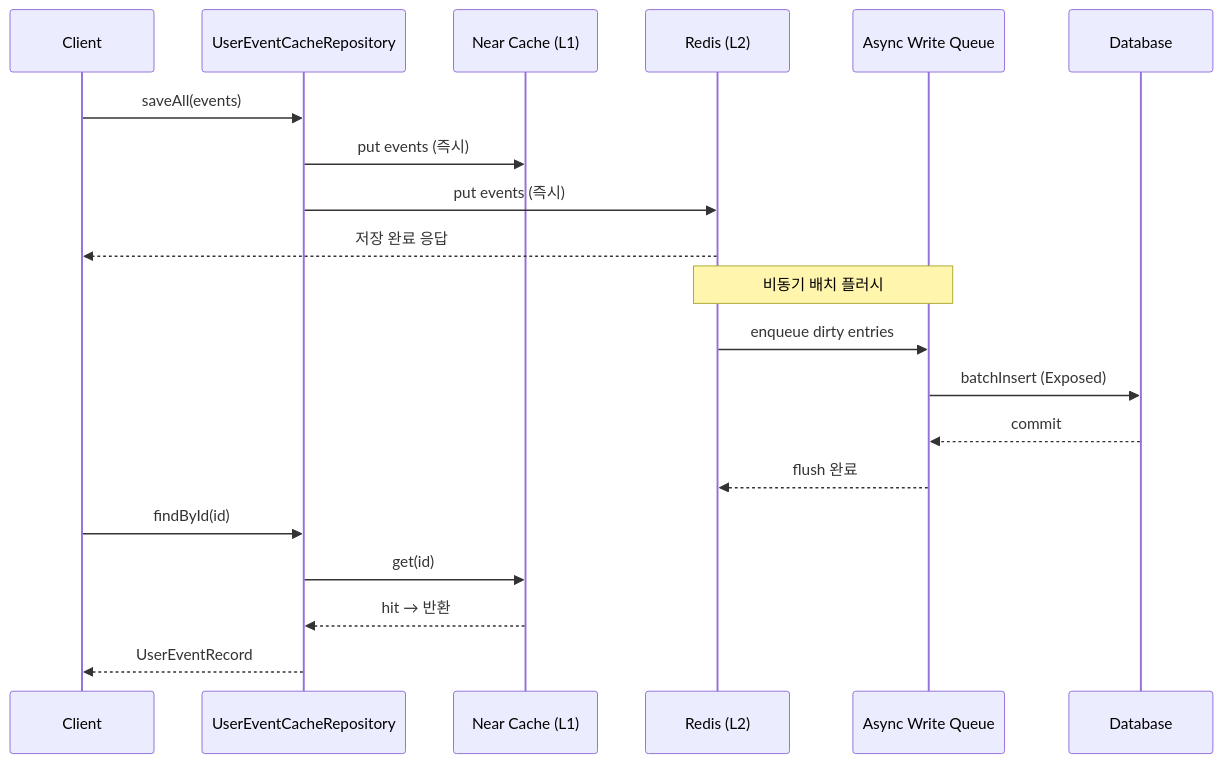
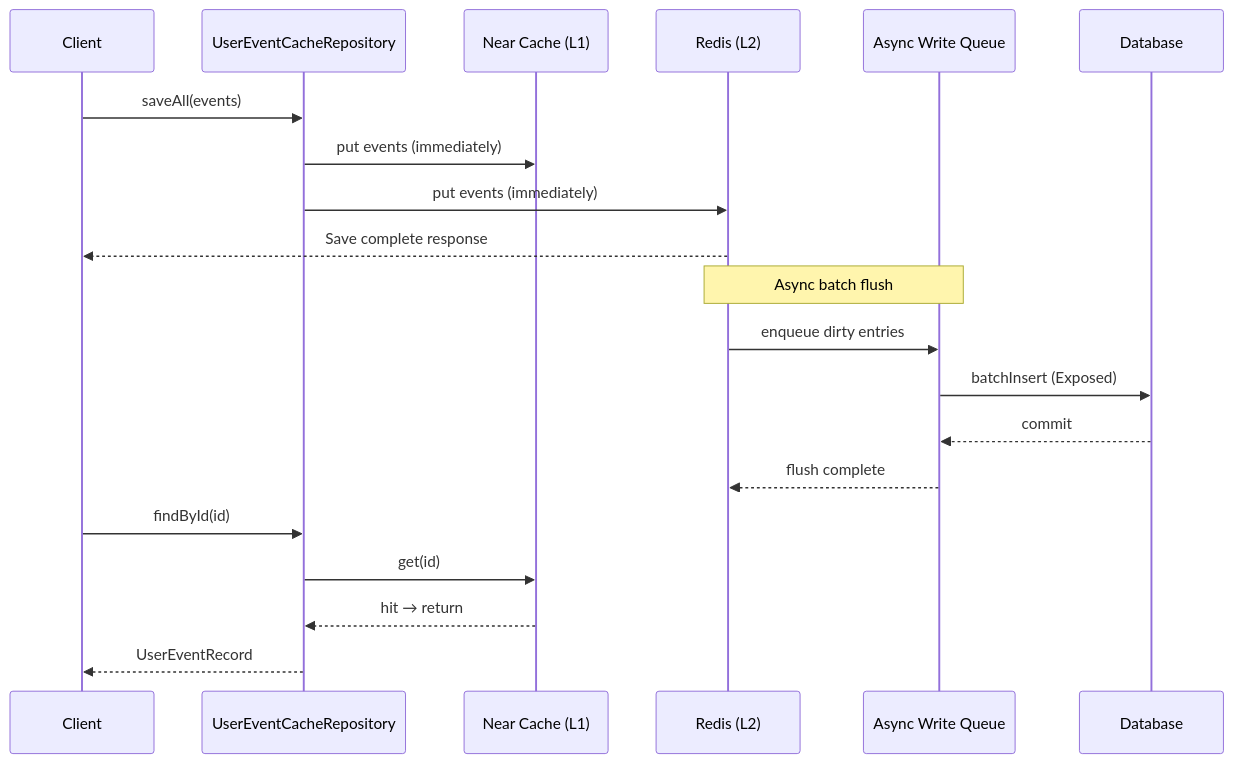
The fourth of 5 diagrams in 11-high-performance/01-cache-strategies/README.md (bluetape4k/exposed-workshop), drawn with Mermaid before and after one commit. The commit also changed other lines of this file and 115 other files, not shown here.

````diff
--- a/11-high-performance/01-cache-strategies/README.md
+++ b/11-high-performance/01-cache-strategies/README.md
@@ -178,22 +180,22 @@
 ```mermaid
 sequenceDiagram
     participant C as Client
     participant R as UserEventCacheRepository
     participant NC as Near Cache (L1)
     participant RD as Redis (L2)
     participant Q as Async Write Queue
     participant DB as Database
     C ->> R: saveAll(events)
-    R ->> NC: put events (즉시)
-    R ->> RD: put events (즉시)
-    RD -->> C: 저장 완료 응답
-    Note over RD, Q: 비동기 배치 플러시
+    R ->> NC: put events (immediately)
+    R ->> RD: put events (immediately)
+    RD -->> C: Save complete response
+    Note over RD, Q: Async batch flush
     RD ->> Q: enqueue dirty entries
     Q ->> DB: batchInsert (Exposed)
     DB -->> Q: commit
-    Q -->> RD: flush 완료
+    Q -->> RD: flush complete
     C ->> R: findById(id)
     R ->> NC: get(id)
-    NC -->> R: hit → 반환
+    NC -->> R: hit → return
     R -->> C: UserEventRecord
 ```
````
